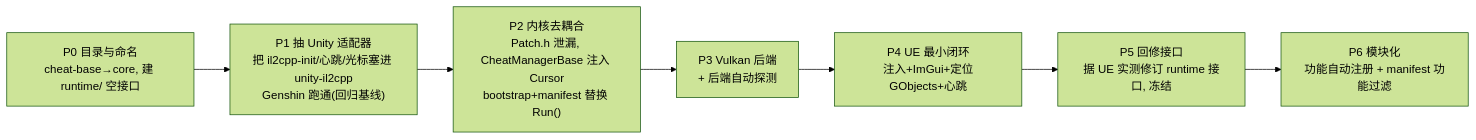
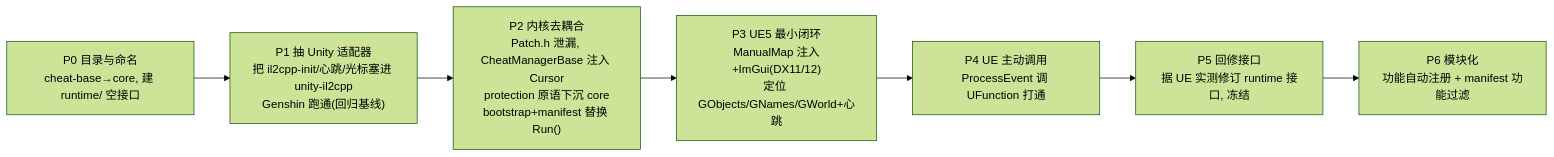
One commit to hawxcn/Genshin-Akebi-GC changed the second of 2 diagrams in Doc/设计-通用化框架改造方案.md. Above: the diagram before and after it, drawn with Mermaid (forest theme). The commit also changed other lines of this file and 2 other files, not shown here.

````diff
--- a/Doc/设计-通用化框架改造方案.md
+++ b/Doc/设计-通用化框架改造方案.md
@@ -348,11 +372,11 @@
 ```mermaid
 flowchart LR
     P0["P0 目录与命名<br/>cheat-base→core, 建 runtime/ 空接口"]
     P1["P1 抽 Unity 适配器<br/>把 il2cpp-init/心跳/光标塞进 unity-il2cpp<br/>Genshin 跑通(回归基线)"]
-    P2["P2 内核去耦合<br/>Patch.h 泄漏, CheatManagerBase 注入 Cursor<br/>bootstrap+manifest 替换 Run()"]
-    P3["P3 Vulkan 后端<br/>+ 后端自动探测"]
-    P4["P4 UE 最小闭环<br/>注入+ImGui+定位GObjects+心跳"]
+    P2["P2 内核去耦合<br/>Patch.h 泄漏, CheatManagerBase 注入 Cursor<br/>protection 原语下沉 core<br/>bootstrap+manifest 替换 Run()"]
+    P3["P3 UE5 最小闭环<br/>ManualMap 注入+ImGui(DX11/12)<br/>定位 GObjects/GNames/GWorld+心跳"]
+    P4["P4 UE 主动调用<br/>ProcessEvent 调 UFunction 打通"]
     P5["P5 回修接口<br/>据 UE 实测修订 runtime 接口, 冻结"]
     P6["P6 模块化<br/>功能自动注册 + manifest 功能过滤"]
     P0-->P1-->P2-->P3-->P4-->P5-->P6
 ```
````
